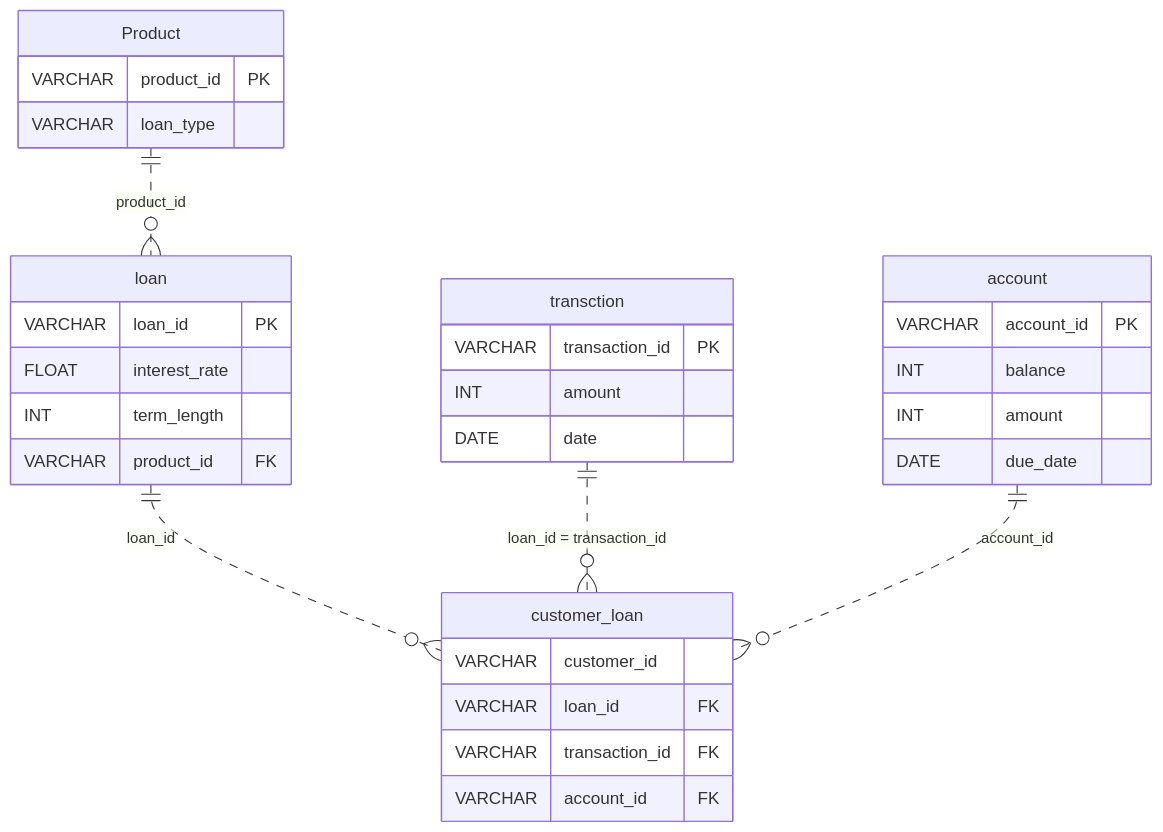
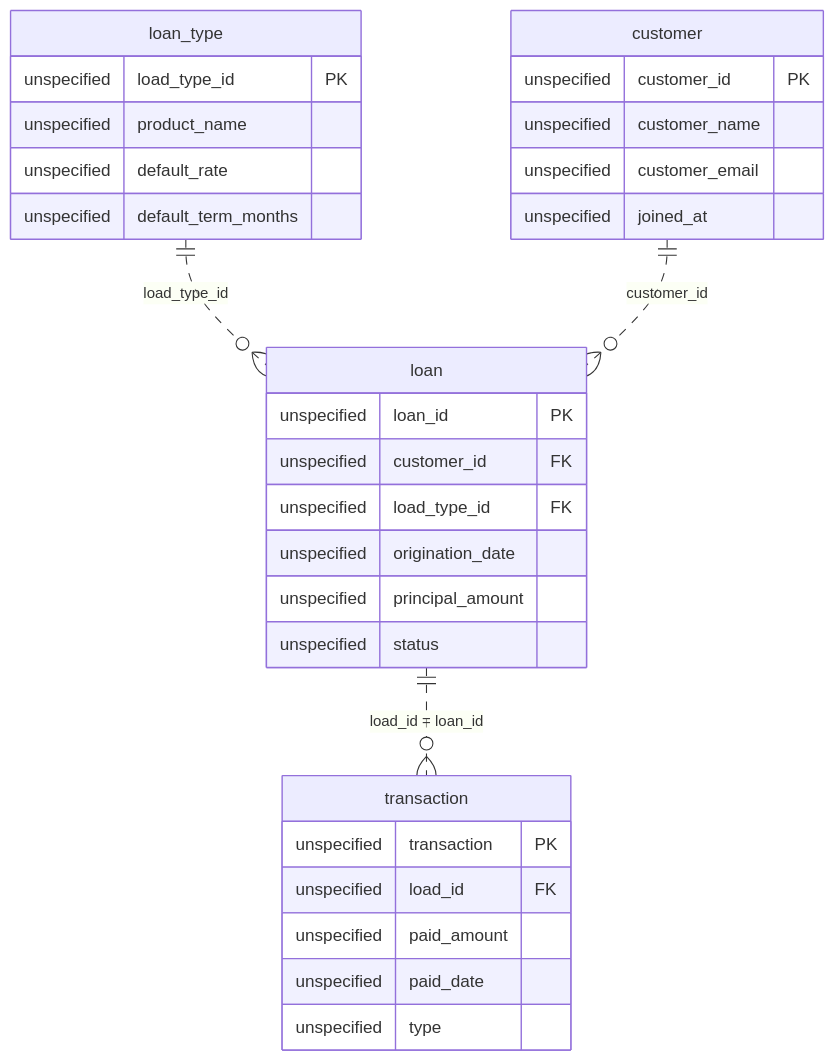
Before and after one commit to tina31726/datadriven-practice: the diagram in practice/data_modeling/the-balance-always-reconciles/README.md, drawn with Mermaid. The commit also changed 2 other files, not shown here.

Commit message:
Solve the-balance-always-reconciles

````diff
--- a/practice/data_modeling/the-balance-always-reconciles/README.md
+++ b/practice/data_modeling/the-balance-always-reconciles/README.md
@@ -18,34 +18,33 @@
 ```mermaid
 erDiagram
     loan {
-        VARCHAR loan_id PK
-        FLOAT interest_rate
-        INT term_length
-        VARCHAR product_id FK
+        unspecified loan_id PK
+        unspecified customer_id FK
+        unspecified load_type_id FK
+        unspecified origination_date
+        unspecified principal_amount
+        unspecified status
     }
-    account {
-        VARCHAR account_id PK
-        INT balance
-        INT amount
-        DATE due_date
+    loan_type {
+        unspecified load_type_id PK
+        unspecified product_name
+        unspecified default_rate
+        unspecified default_term_months
     }
-    transction {
-        VARCHAR transaction_id PK
-        INT amount
-        DATE date
+    customer {
+        unspecified customer_id PK
+        unspecified customer_name
+        unspecified customer_email
+        unspecified joined_at
     }
-    customer_loan {
-        VARCHAR customer_id
-        VARCHAR loan_id FK
-        VARCHAR transaction_id FK
-        VARCHAR account_id FK
+    transaction {
+        unspecified transaction PK
+        unspecified load_id FK
+        unspecified paid_amount
+        unspecified paid_date
+        unspecified type
     }
-    Product {
-        VARCHAR product_id PK
-        VARCHAR loan_type
-    }
-    loan only one optionally to zero or more customer_loan : "loan_id"
-    transction only one optionally to zero or more customer_loan : "loan_id = transaction_id"
-    Product only one optionally to zero or more loan : "product_id"
-    account only one optionally to zero or more customer_loan : "account_id"
+    loan_type only one optionally to zero or more loan : "load_type_id"
+    customer only one optionally to zero or more loan : "customer_id"
+    loan only one optionally to zero or more transaction : "load_id = loan_id"
 ```
````
